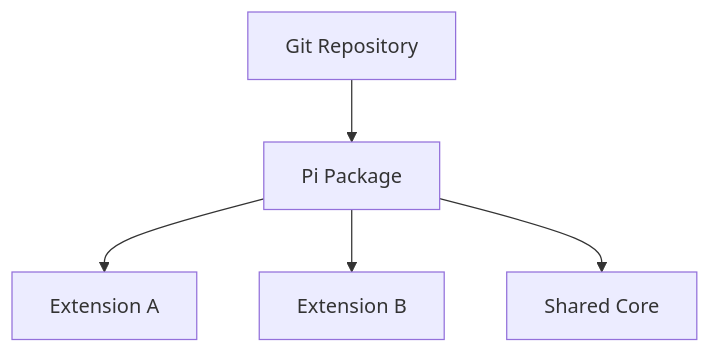
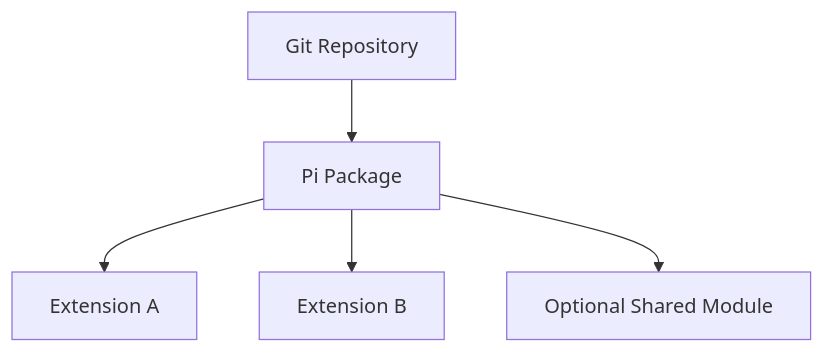
The first of 4 diagrams in docs/00-repository-organization/technical-design.md (ZHOUKAILIAN/my-pi-extension), drawn with Mermaid before and after one commit. The commit also changed other lines of this file and 13 other files, not shown here.

````diff
--- a/docs/00-repository-organization/technical-design.md
+++ b/docs/00-repository-organization/technical-design.md
@@ -25,13 +25,13 @@
 ```mermaid
 flowchart TD
     repository[Git Repository]
     package[Pi Package]
     extensionA[Extension A]
     extensionB[Extension B]
-    core[Shared Core]
+    shared[Optional Shared Module]
 
     repository --> package
     package --> extensionA
     package --> extensionB
-    package --> core
+    package --> shared
 ```
````
